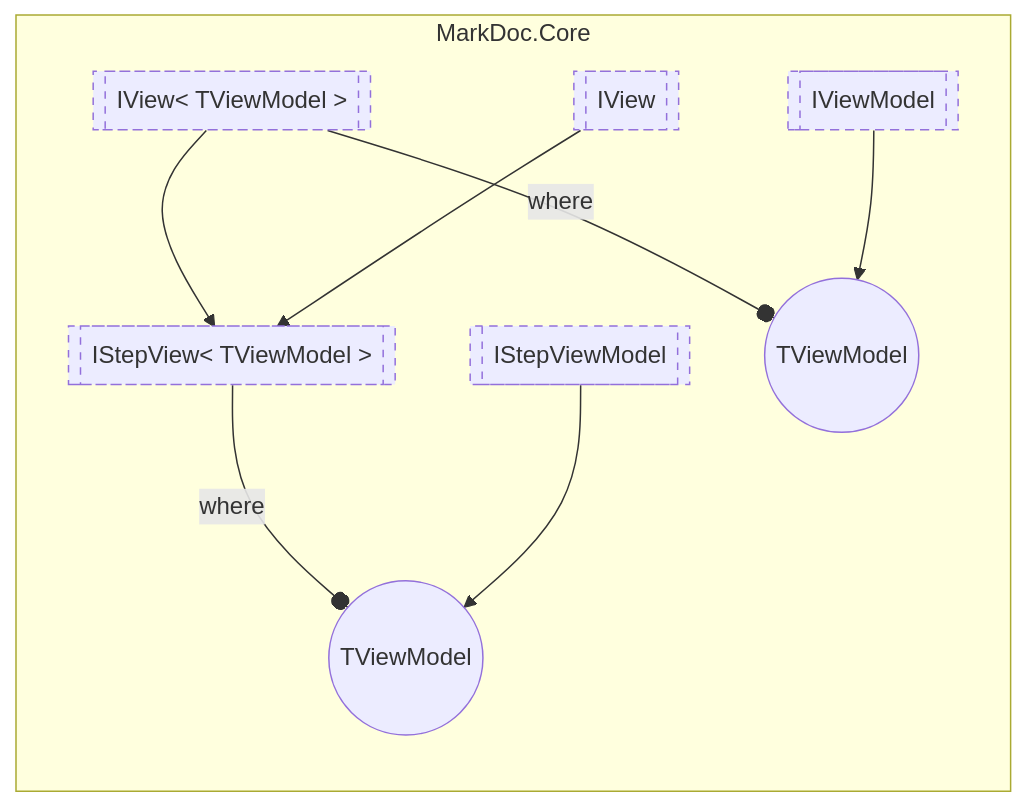
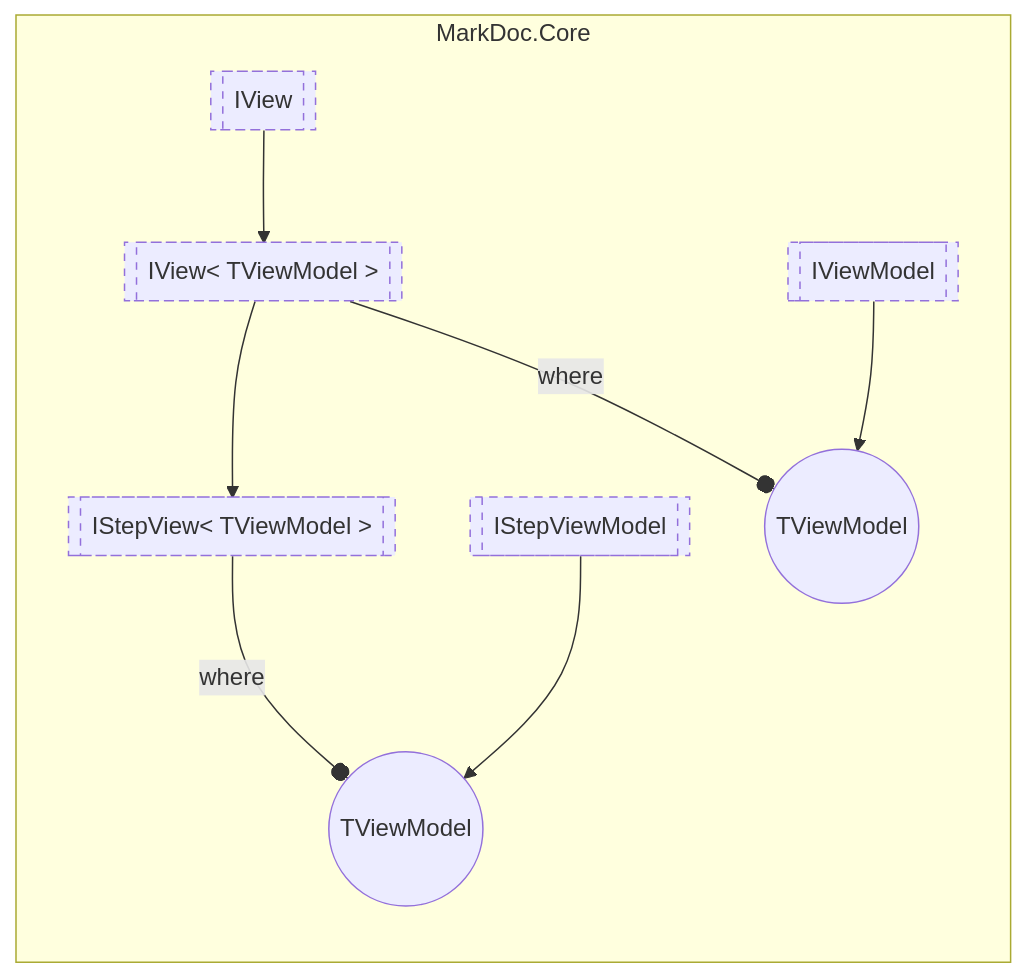
The diagram in sourceWiki/markdoc/core/IStepViewT.md (hailstorm75/ModularDoc), drawn with Mermaid before and after one commit. The commit also changed 20 other files, not shown here.

````diff
--- a/sourceWiki/markdoc/core/IStepViewT.md
+++ b/sourceWiki/markdoc/core/IStepViewT.md
@@ -7,27 +7,27 @@
 ```mermaid
   flowchart LR
   classDef interfaceStyle stroke-dasharray: 5 5;
   classDef abstractStyle stroke-width:4px
   subgraph MarkDoc.Core
   MarkDoc.Core.IStepViewModel[[IStepViewModel]]
   class MarkDoc.Core.IStepViewModel interfaceStyle;
   MarkDoc.Core.IStepView_1[[IStepView< TViewModel >]]
   class MarkDoc.Core.IStepView_1 interfaceStyle;
   MarkDoc.Core.IStepView_1TViewModel((TViewModel));
   MarkDoc.Core.IStepView_1 -- where --o MarkDoc.Core.IStepView_1TViewModel
 MarkDoc.Core.IStepViewModel --> MarkDoc.Core.IStepView_1TViewModel
 
   MarkDoc.Core.IViewModel[[IViewModel]]
   class MarkDoc.Core.IViewModel interfaceStyle;
   MarkDoc.Core.IView_1[[IView< TViewModel >]]
   class MarkDoc.Core.IView_1 interfaceStyle;
   MarkDoc.Core.IView_1TViewModel((TViewModel));
   MarkDoc.Core.IView_1 -- where --o MarkDoc.Core.IView_1TViewModel
 MarkDoc.Core.IViewModel --> MarkDoc.Core.IView_1TViewModel
 
   MarkDoc.Core.IView[[IView]]
   class MarkDoc.Core.IView interfaceStyle;
   end
 MarkDoc.Core.IView_1 --> MarkDoc.Core.IStepView_1
-MarkDoc.Core.IView --> MarkDoc.Core.IStepView_1
+MarkDoc.Core.IView --> MarkDoc.Core.IView_1
 ```
````
